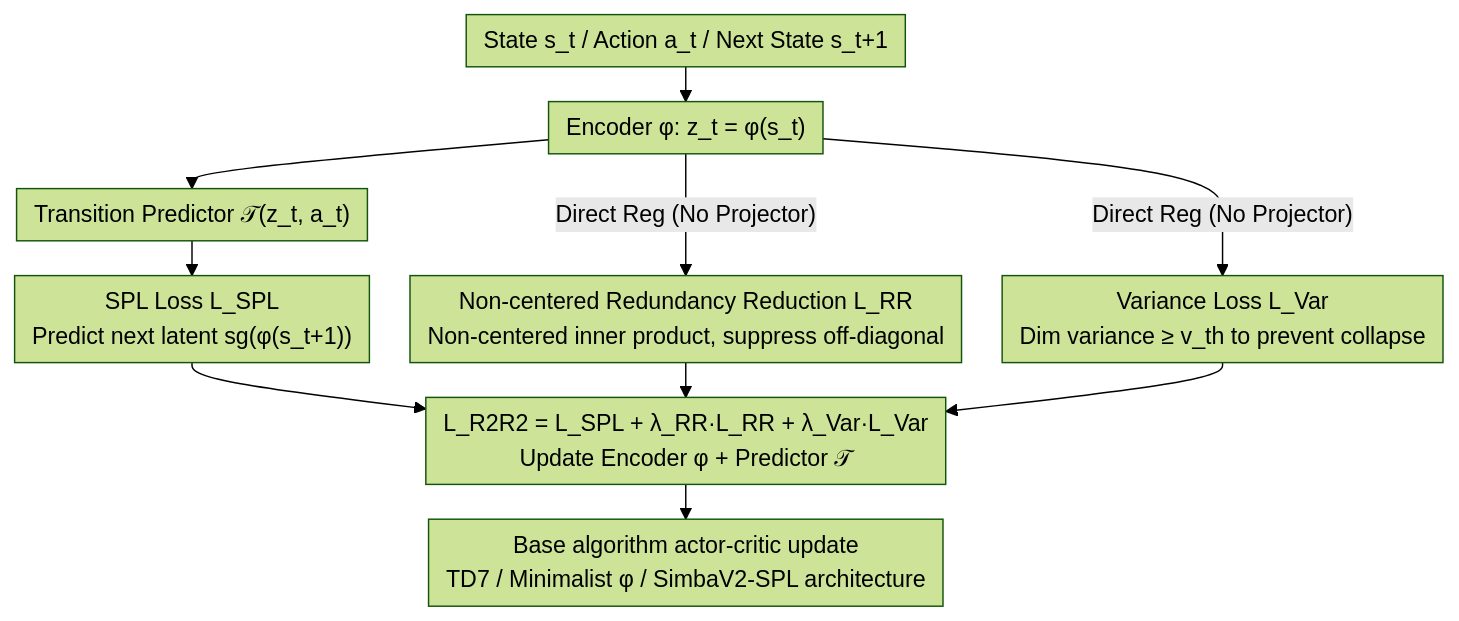
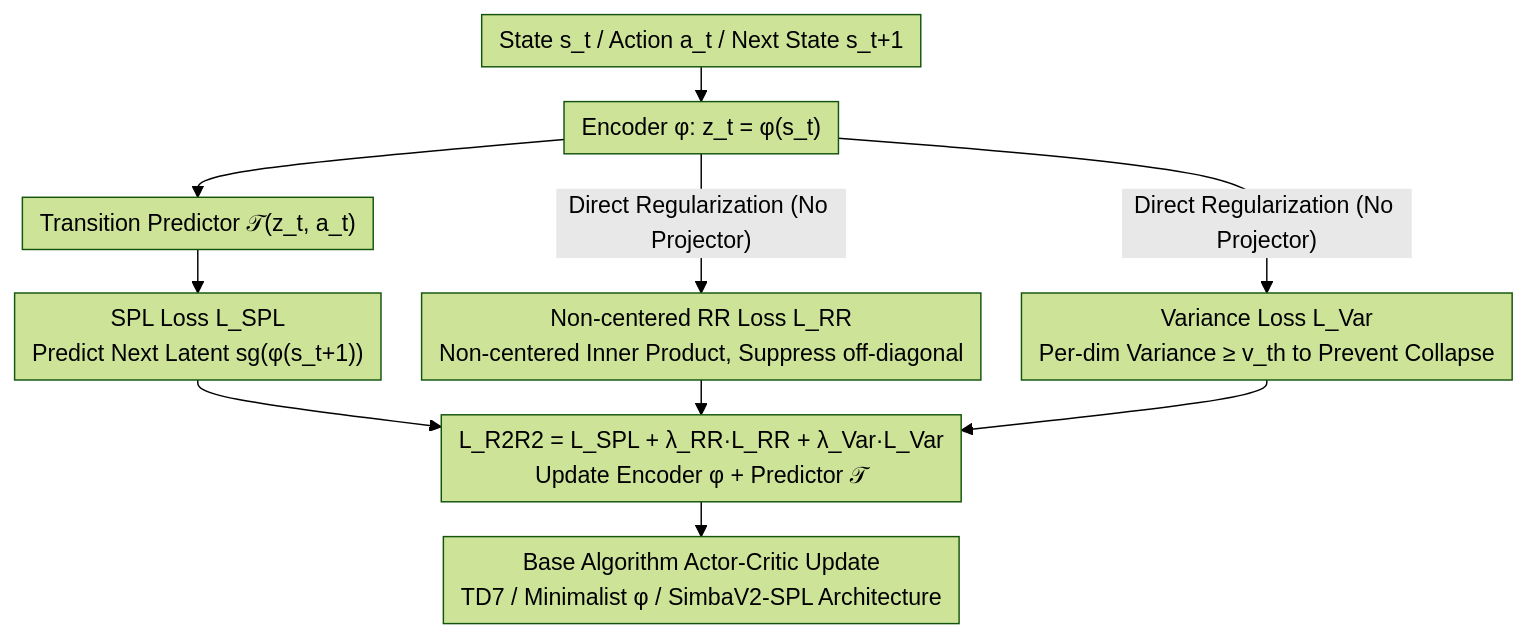
One commit to zhaoyang97/Paper-Notes-en changed the diagram in docs/ICML2026/robotics/r2r2_robust_representation_for_intensive_experience_reuse_via_redundancy_reducti.md. Above: the diagram before and after it, drawn with Mermaid (forest theme). The commit also changed other lines of this file and 5084 other files, not shown here.

````diff
--- a/docs/ICML2026/robotics/r2r2_robust_representation_for_intensive_experience_reuse_via_redundancy_reducti.md
+++ b/docs/ICML2026/robotics/r2r2_robust_representation_for_intensive_experience_reuse_via_redundancy_reducti.md
@@ -45,13 +45,13 @@
 ```mermaid
 %%{init: {'flowchart': {'rankSpacing': 24, 'nodeSpacing': 28, 'padding': 6, 'wrappingWidth': 400}}}%%
 flowchart TD
     A["State s_t / Action a_t / Next State s_t+1"] --> B["Encoder φ: z_t = φ(s_t)"]
     B --> C["Transition Predictor 𝒯(z_t, a_t)"]
-    C --> D["SPL Loss L_SPL<br/>Predict next latent sg(φ(s_t+1))"]
-    B -->|"Direct Reg (No Projector)"| E["Non-centered Redundancy Reduction L_RR<br/>Non-centered inner product, suppress off-diagonal"]
-    B -->|"Direct Reg (No Projector)"| F["Variance Loss L_Var<br/>Dim variance ≥ v_th to prevent collapse"]
+    C --> D["SPL Loss L_SPL<br/>Predict Next Latent sg(φ(s_t+1))"]
+    B -->|"Direct Regularization (No Projector)"| E["Non-centered RR Loss L_RR<br/>Non-centered Inner Product, Suppress off-diagonal"]
+    B -->|"Direct Regularization (No Projector)"| F["Variance Loss L_Var<br/>Per-dim Variance ≥ v_th to Prevent Collapse"]
     D --> G["L_R2R2 = L_SPL + λ_RR·L_RR + λ_Var·L_Var<br/>Update Encoder φ + Predictor 𝒯"]
     E --> G
     F --> G
-    G --> H["Base algorithm actor-critic update<br/>TD7 / Minimalist φ / SimbaV2-SPL architecture"]
+    G --> H["Base Algorithm Actor-Critic Update<br/>TD7 / Minimalist φ / SimbaV2-SPL Architecture"]
 ```
````
